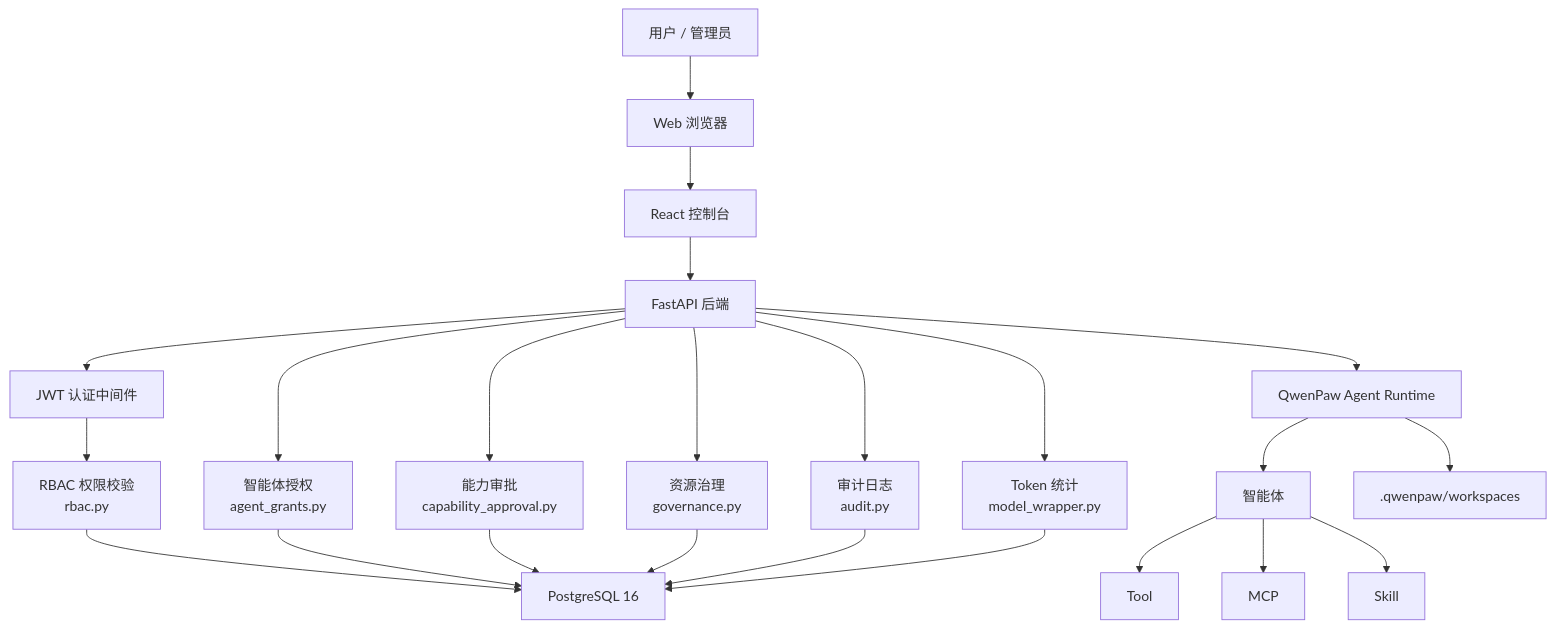
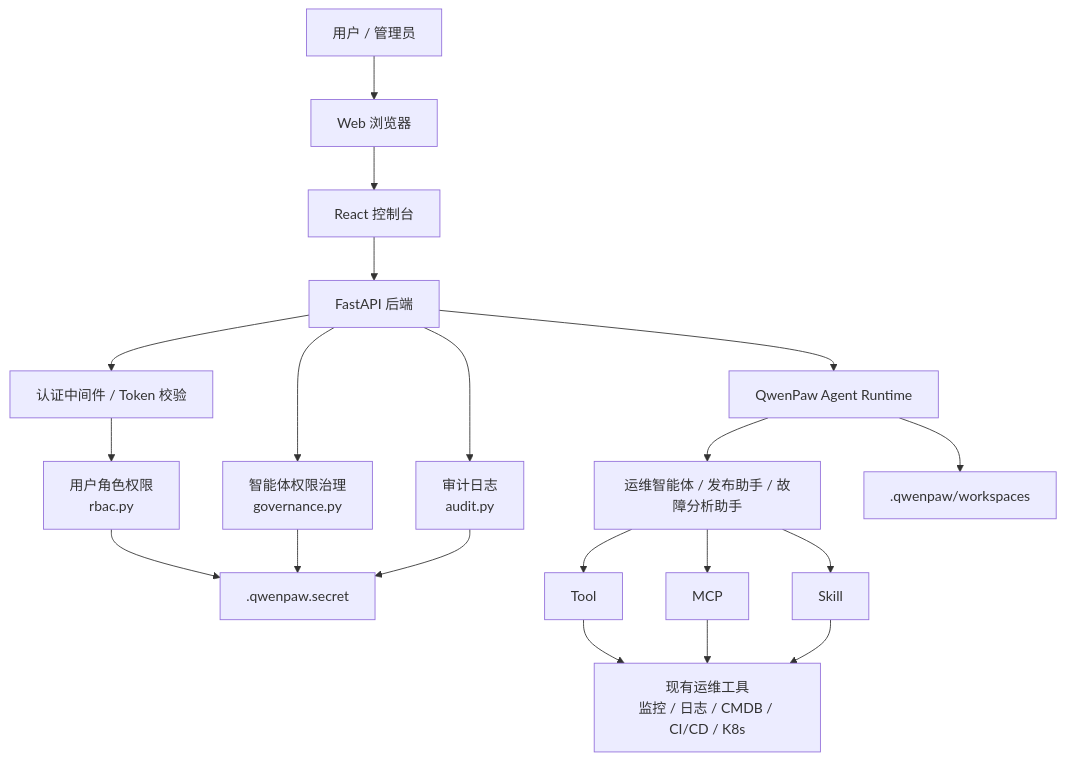
The first of 7 diagrams in docs/technical-solution.md (devjotaduo/nexora-ai-platform), drawn with Mermaid before and after one commit. The commit also changed other lines of this file and 39 other files, not shown here.

````diff
--- a/docs/technical-solution.md
+++ b/docs/technical-solution.md
@@ -146,25 +93,22 @@
 ```mermaid
 flowchart TB
     User["用户 / 管理员"] --> Browser["Web 浏览器"]
     Browser --> FE["React 控制台"]
     FE --> API["FastAPI 后端"]
-    API --> Auth["JWT 认证中间件"]
-    Auth --> RBAC["RBAC 权限校验<br/>rbac.py"]
-    API --> AgentGrants["智能体授权<br/>agent_grants.py"]
-    API --> CapApproval["能力审批<br/>capability_approval.py"]
-    API --> Governance["资源治理<br/>governance.py"]
+    API --> Auth["认证中间件 / Token 校验"]
+    Auth --> RBAC["用户角色权限<br/>rbac.py"]
+    API --> Governance["智能体权限治理<br/>governance.py"]
     API --> Audit["审计日志<br/>audit.py"]
-    API --> TokenTrack["Token 统计<br/>model_wrapper.py"]
     API --> AgentRuntime["QwenPaw Agent Runtime"]
-    AgentRuntime --> Agents["智能体"]
+    AgentRuntime --> Agents["运维智能体 / 发布助手 / 故障分析助手"]
     Agents --> Tools["Tool"]
     Agents --> MCP["MCP"]
     Agents --> Skills["Skill"]
-    RBAC --> PG["PostgreSQL 16"]
-    AgentGrants --> PG
-    CapApproval --> PG
-    Governance --> PG
-    Audit --> PG
-    TokenTrack --> PG
+    Tools --> OpsTools["现有运维工具<br/>监控 / 日志 / CMDB / CI/CD / K8s"]
+    MCP --> OpsTools
+    Skills --> OpsTools
+    RBAC --> SecretData[".qwenpaw.secret"]
+    Governance --> SecretData
+    Audit --> SecretData
     AgentRuntime --> Workspace[".qwenpaw/workspaces"]
 ```
````
